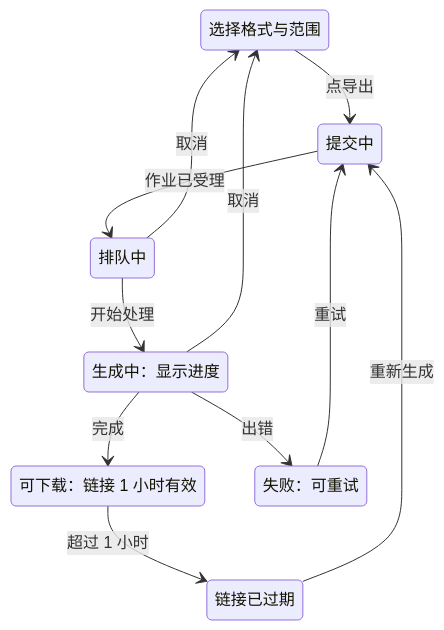
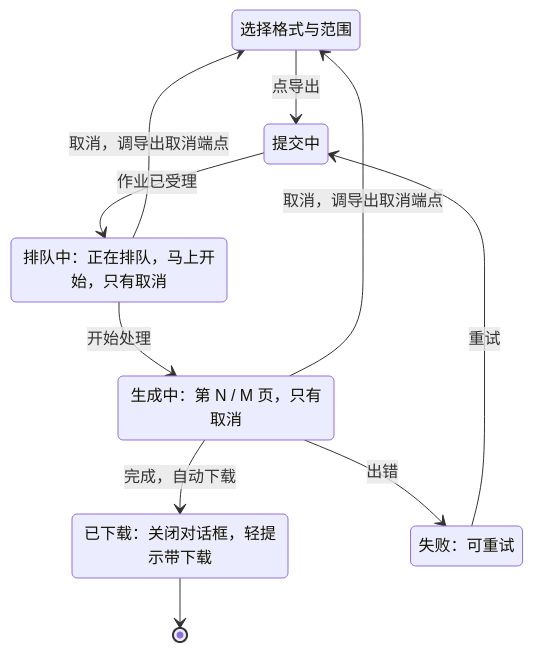
Before and after one commit to Xeonice/cordis-ppt-editor: diagram 26 of 35 in docs/50-frontend/18-editor-capabilities.md, drawn with Mermaid. The commit also changed other lines of this file and 25 other files, not shown here.

````diff
--- a/docs/50-frontend/18-editor-capabilities.md
+++ b/docs/50-frontend/18-editor-capabilities.md
@@ -1145,20 +1165,18 @@
 ```mermaid
 stateDiagram-v2
   state "选择格式与范围" as pick
   state "提交中" as submit
-  state "排队中" as queued
-  state "生成中：显示进度" as running
-  state "可下载：链接 1 小时有效" as ready
+  state "排队中：正在排队，马上开始，只有取消" as queued
+  state "生成中：第 N / M 页，只有取消" as running
+  state "已下载：关闭对话框，轻提示带下载" as done
   state "失败：可重试" as failed
-  state "链接已过期" as expired
   pick --> submit : 点导出
   submit --> queued : 作业已受理
   queued --> running : 开始处理
-  running --> ready : 完成
+  running --> done : 完成，自动下载
   running --> failed : 出错
-  queued --> pick : 取消
-  running --> pick : 取消
+  queued --> pick : 取消，调导出取消端点
+  running --> pick : 取消，调导出取消端点
   failed --> submit : 重试
-  ready --> expired : 超过 1 小时
-  expired --> submit : 重新生成
+  done --> [*]
 ```
````
